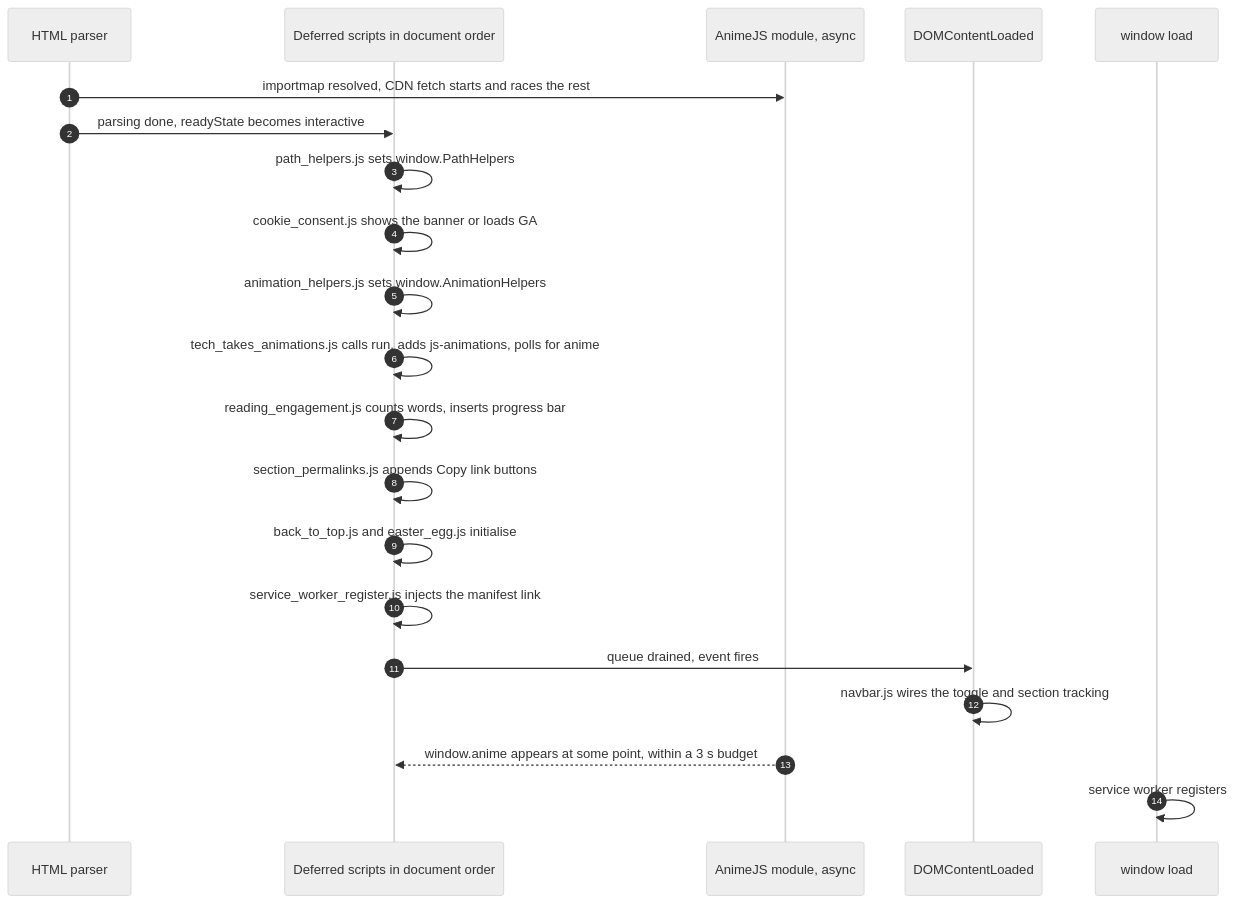
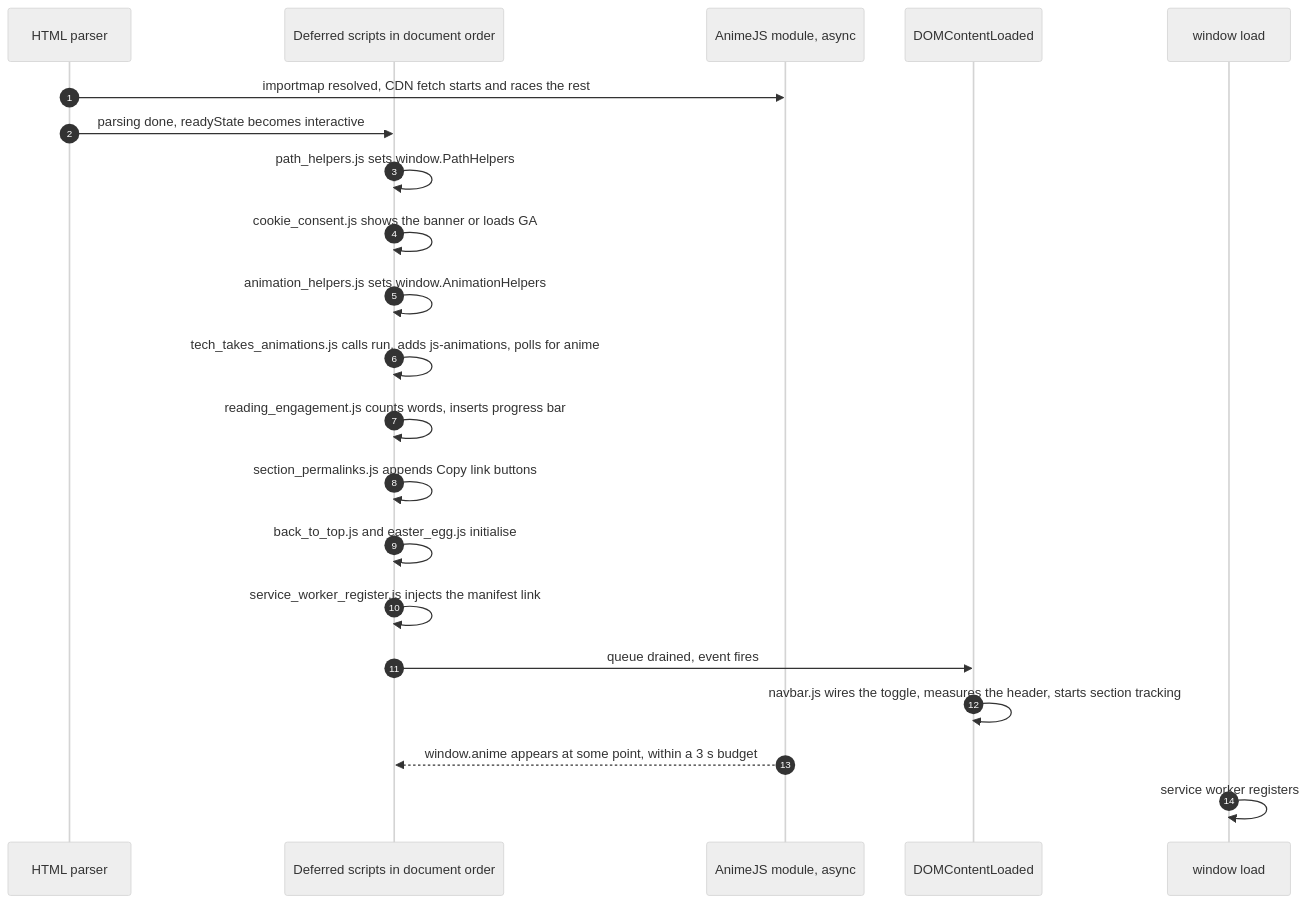
The fifth of 13 diagrams in assets/markdown/architecture.md (ColbyMainard/ColbyMainard.github.io), drawn with Mermaid (neutral theme) before and after one commit. The commit also changed other lines of this file and 9 other files, not shown here.

````diff
--- a/assets/markdown/architecture.md
+++ b/assets/markdown/architecture.md
@@ -279,24 +280,24 @@
 ```mermaid
 sequenceDiagram
     autonumber
     participant P as HTML parser
     participant D as Deferred scripts in document order
     participant M as AnimeJS module, async
     participant E as DOMContentLoaded
     participant L as window load
 
     P->>M: importmap resolved, CDN fetch starts and races the rest
     P->>D: parsing done, readyState becomes interactive
     D->>D: path_helpers.js sets window.PathHelpers
     D->>D: cookie_consent.js shows the banner or loads GA
     D->>D: animation_helpers.js sets window.AnimationHelpers
     D->>D: tech_takes_animations.js calls run, adds js-animations, polls for anime
     D->>D: reading_engagement.js counts words, inserts progress bar
     D->>D: section_permalinks.js appends Copy link buttons
     D->>D: back_to_top.js and easter_egg.js initialise
     D->>D: service_worker_register.js injects the manifest link
     D->>E: queue drained, event fires
-    E->>E: navbar.js wires the toggle and section tracking
+    E->>E: navbar.js wires the toggle, measures the header, starts section tracking
     M-->>D: window.anime appears at some point, within a 3 s budget
     L->>L: service worker registers
 ```
````
